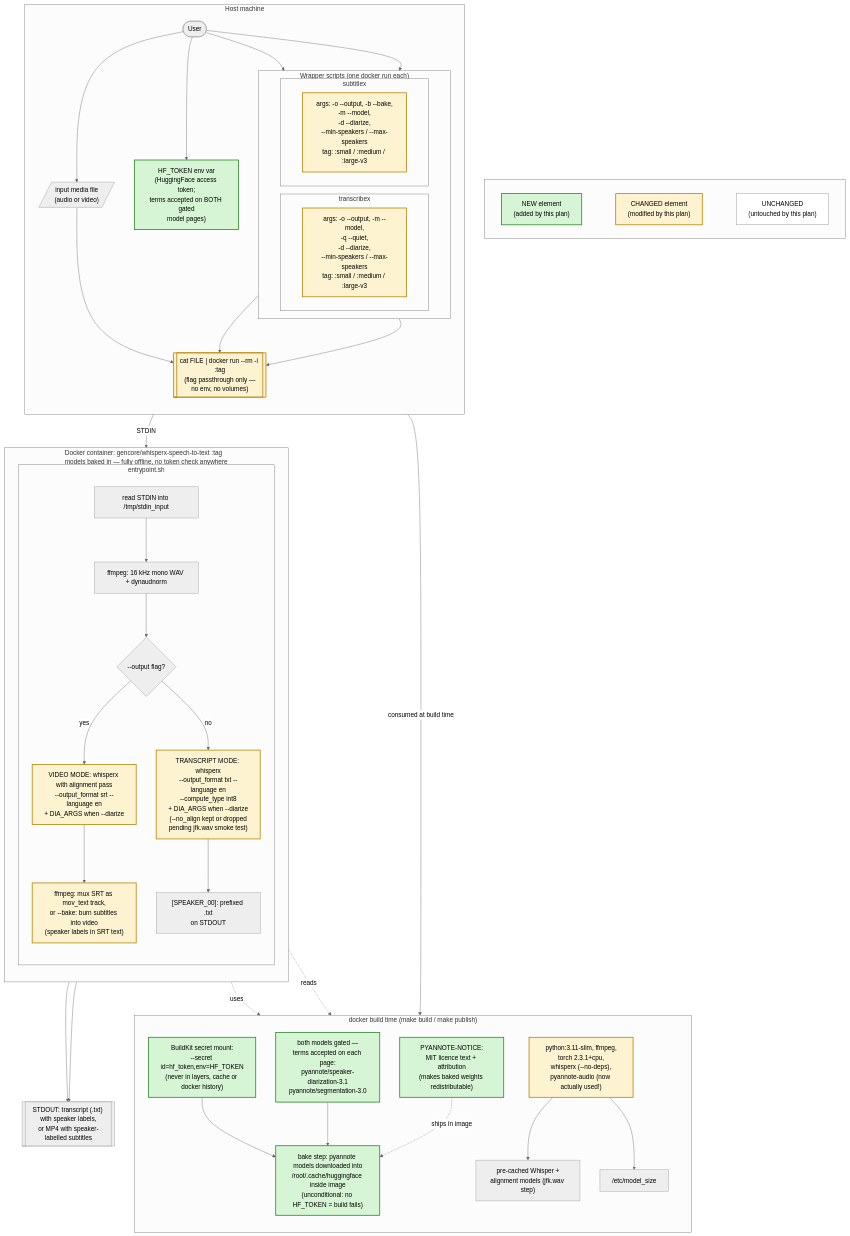
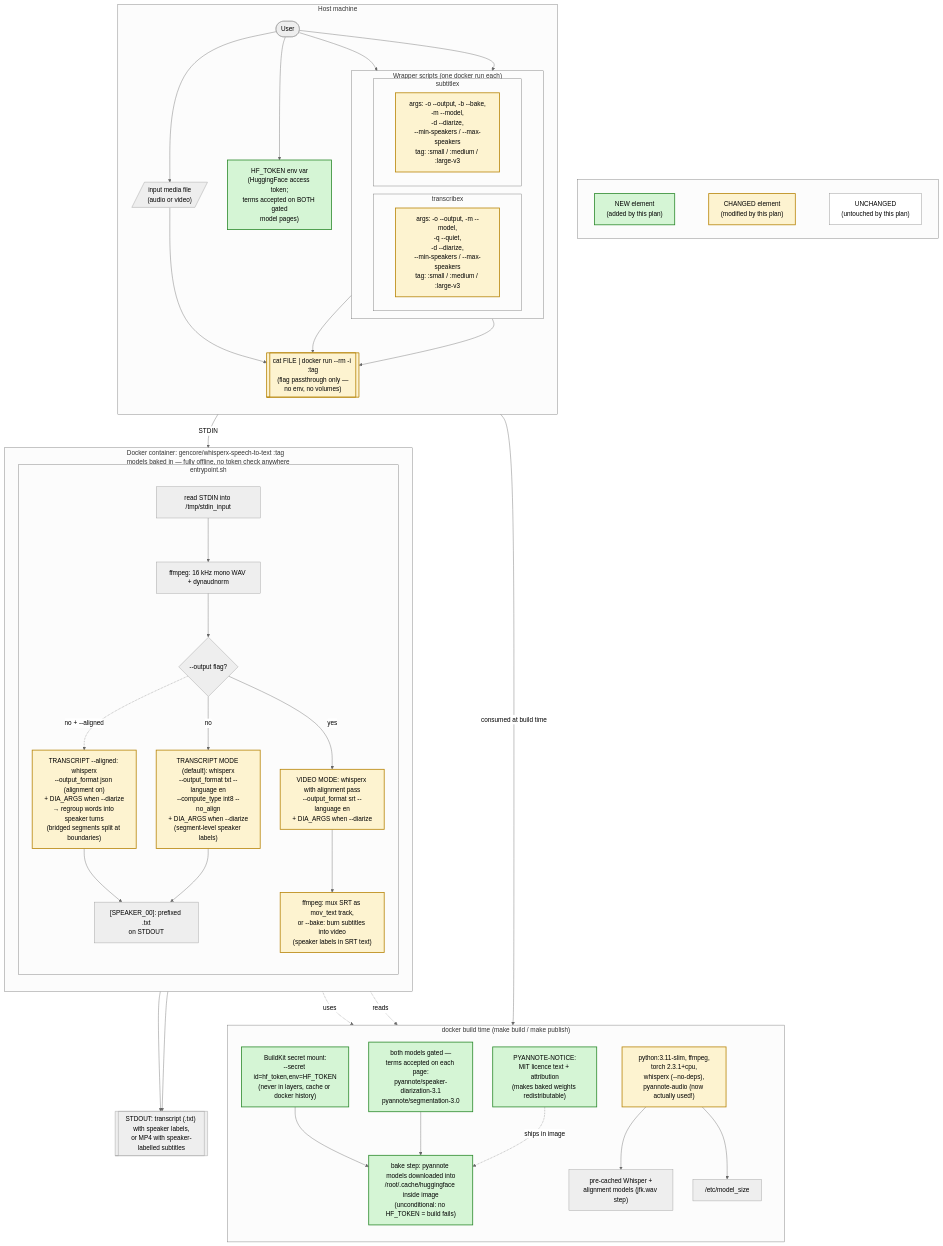
Before and after one commit to GencoreOperative/whisperx-speech-to-text: the diagram in diagrams/planned-architecture.mmd, drawn with Mermaid. The commit also changed 10 other files, not shown here.

```diff
--- a/diagrams/planned-architecture.mmd
+++ b/diagrams/planned-architecture.mmd
@@ -1,94 +1,97 @@
 ---
 config:
   theme: neutral
   flowchart:
     nodeSpacing: 50
     rankSpacing: 60
 ---
 flowchart TB
     classDef new fill:#d5f5d5,stroke:#2e8b2e,stroke-width:2px
     classDef changed fill:#fdf3d0,stroke:#b8860b,stroke-width:2px
     classDef unchanged fill:#ffffff,stroke:#888888,stroke-width:1px
 
     %% ============ LEGEND ============
     subgraph LEGEND[" "]
         direction LR
         legnew["NEW element<br/>(added by this plan)"]:::new
         legnew ~~~ legchg
         legchg["CHANGED element<br/>(modified by this plan)"]:::changed
         legchg ~~~ legunc
         legunc["UNCHANGED<br/>(untouched by this plan)"]:::unchanged
     end
 
     %% ============ HOST ============
     subgraph HOST["Host machine"]
         direction TB
         user(["User"])
         media[/"input media file<br/>(audio or video)"/]
         hftoken["HF_TOKEN env var<br/>(HuggingFace access token;<br/>terms accepted on BOTH gated<br/>model pages)"]:::new
 
         subgraph WRAPPERS["Wrapper scripts (one docker run each)"]
             direction LR
             subgraph TX["transcribex"]
                 tx1["args: -o --output, -m --model,<br/>-q --quiet,<br/>-d --diarize,<br/>--min-speakers / --max-speakers<br/>tag: :small / :medium / :large-v3"]:::changed
             end
             subgraph SX["subtitlex"]
                 sx1["args: -o --output, -b --bake,<br/>-m --model,<br/>-d --diarize,<br/>--min-speakers / --max-speakers<br/>tag: :small / :medium / :large-v3"]:::changed
             end
         end
 
         pipe[["cat FILE | docker run --rm -i :tag<br/>(flag passthrough only —<br/>no env, no volumes)"]]:::changed
     end
 
     %% ============ BUILD TIME ============
     subgraph BUILD["docker build time (make build / make publish)"]
         direction TB
         secret["BuildKit secret mount:<br/>--secret id=hf_token,env=HF_TOKEN<br/>(never in layers, cache or docker history)"]:::new
         gated["both models gated —<br/>terms accepted on each page:<br/>pyannote/speaker-diarization-3.1<br/>pyannote/segmentation-3.0"]:::new
         bake["bake step: pyannote models downloaded into<br/>/root/.cache/huggingface inside image<br/>(unconditional: no HF_TOKEN = build fails)"]:::new
         notice["PYANNOTE-NOTICE:<br/>MIT licence text + attribution<br/>(makes baked weights redistributable)"]:::new
         deps["python:3.11-slim, ffmpeg,<br/>torch 2.3.1+cpu,<br/>whisperx (--no-deps),<br/>pyannote-audio (now actually used!)"]:::changed
         precache["pre-cached Whisper +<br/>alignment models (jfk.wav step)"]
         modelsize["/etc/model_size"]
     end
 
     %% ============ CONTAINER ============
     subgraph IMAGE["Docker container: gencore/whisperx-speech-to-text :tag<br/>models baked in — fully offline, no token check anywhere"]
         direction TB
         subgraph EP["entrypoint.sh"]
             direction TB
             stdin_read["read STDIN into /tmp/stdin_input"]
             ffmpeg1["ffmpeg: 16 kHz mono WAV + dynaudnorm"]
             mode{"--output flag?"}
-            tx_whisper["TRANSCRIPT MODE: whisperx<br/>--output_format txt --language en<br/>--compute_type int8<br/>+ DIA_ARGS when --diarize<br/>(--no_align kept or dropped<br/>pending jfk.wav smoke test)"]:::changed
+            tx_whisper["TRANSCRIPT MODE (default): whisperx<br/>--output_format txt --language en<br/>--compute_type int8 --no_align<br/>+ DIA_ARGS when --diarize<br/>(segment-level speaker labels)"]:::changed
+            tx_aligned["TRANSCRIPT --aligned: whisperx<br/>--output_format json (alignment on)<br/>+ DIA_ARGS when --diarize<br/>→ regroup words into speaker turns<br/>(bridged segments split at boundaries)"]:::changed
             sub_whisper["VIDEO MODE: whisperx with alignment pass<br/>--output_format srt --language en<br/>+ DIA_ARGS when --diarize"]:::changed
             ffmpeg2["ffmpeg: mux SRT as mov_text track,<br/>or --bake: burn subtitles into video<br/>(speaker labels in SRT text)"]:::changed
             txout["[SPEAKER_00]: prefixed .txt<br/>on STDOUT"]
         end
     end
 
     %% ============ OUTPUT ============
     stdout[["STDOUT: transcript (.txt) with speaker labels,<br/>or MP4 with speaker-labelled subtitles"]]
 
     %% ============ FLOWS ============
     user --> tx1
     user --> sx1
     user --> media
     user --> hftoken
     media --> pipe
     tx1 --> pipe
     sx1 --> pipe
     hftoken -->|"consumed at build time"| secret
     pipe -->|"STDIN"| stdin_read
     stdin_read --> ffmpeg1 --> mode
     mode -->|"no"| tx_whisper
+    mode -.->|"no + --aligned"| tx_aligned
+    tx_aligned --> txout
     mode -->|"yes"| sub_whisper --> ffmpeg2
     tx_whisper --> txout --> stdout
     ffmpeg2 --> stdout
     tx_whisper -.->|"uses"| precache
     tx_whisper -.->|"reads"| modelsize
     secret --> bake
     gated --> bake
     deps --> precache
     deps --> modelsize
     notice -.->|"ships in image"| bake
```
